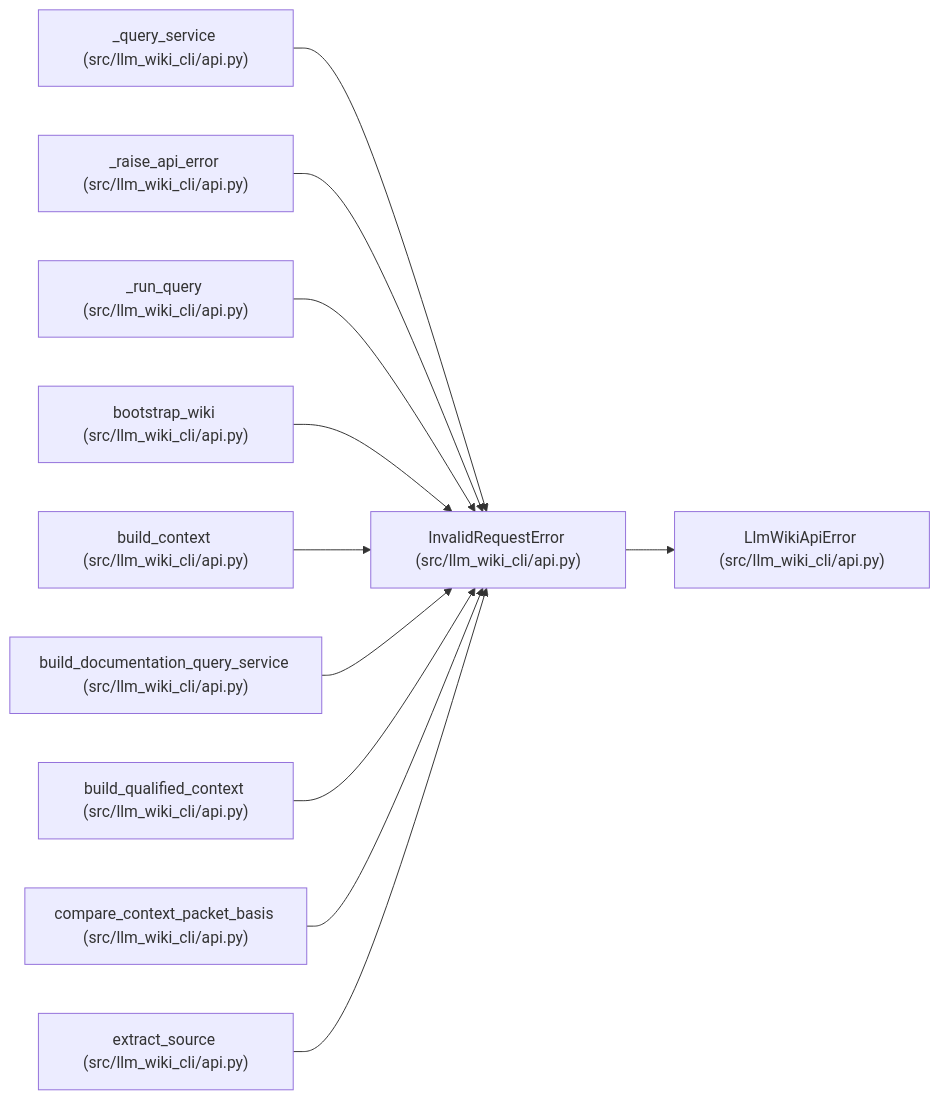
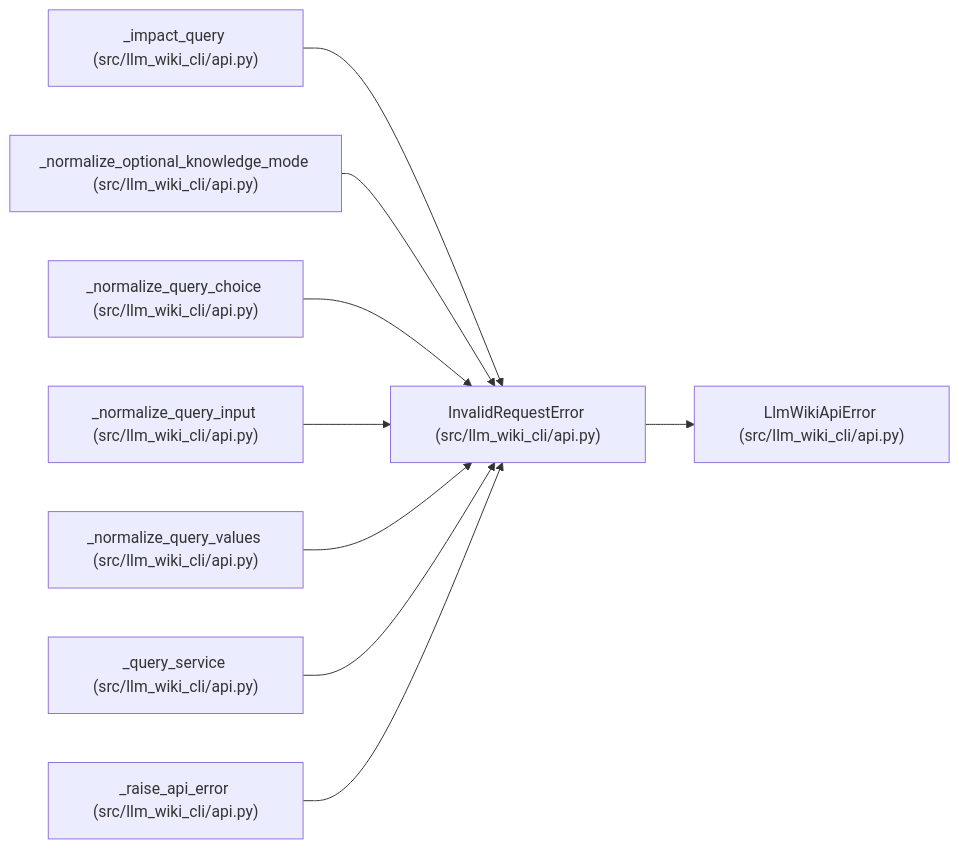
One commit to Denissvgn/python-wiki-llm changed the diagram in docs/llm_wiki/entities/InvalidRequestError.md. Above: the diagram before and after it, drawn with Mermaid. The commit also changed other lines of this file and 364 other files, not shown here.

````diff
--- a/docs/llm_wiki/entities/InvalidRequestError.md
+++ b/docs/llm_wiki/entities/InvalidRequestError.md
@@ -23,35 +23,29 @@
 ```mermaid
 flowchart LR
     n0["InvalidRequestError (src/llm_wiki_cli/api.py)"]
     n1["LlmWikiApiError (src/llm_wiki_cli/api.py)"]
-    n2["_query_service (src/llm_wiki_cli/api.py)"]
-    n3["_raise_api_error (src/llm_wiki_cli/api.py)"]
-    n4["_run_query (src/llm_wiki_cli/api.py)"]
-    n5["bootstrap_wiki (src/llm_wiki_cli/api.py)"]
-    n6["build_context (src/llm_wiki_cli/api.py)"]
-    n7["build_documentation_query_service (src/llm_wiki_cli/api.py)"]
-    n8["build_qualified_context (src/llm_wiki_cli/api.py)"]
-    n9["compare_context_packet_basis (src/llm_wiki_cli/api.py)"]
-    n10["extract_source (src/llm_wiki_cli/api.py)"]
+    n2["_impact_query (src/llm_wiki_cli/api.py)"]
+    n3["_normalize_optional_knowledge_mode (src/llm_wiki_cli/api.py)"]
+    n4["_normalize_query_choice (src/llm_wiki_cli/api.py)"]
+    n5["_normalize_query_input (src/llm_wiki_cli/api.py)"]
+    n6["_normalize_query_values (src/llm_wiki_cli/api.py)"]
+    n7["_query_service (src/llm_wiki_cli/api.py)"]
+    n8["_raise_api_error (src/llm_wiki_cli/api.py)"]
     n0 --> n1
     n2 --> n0
     n3 --> n0
     n4 --> n0
     n5 --> n0
     n6 --> n0
     n7 --> n0
     n8 --> n0
-    n9 --> n0
-    n10 --> n0
     click n0 "../modules/api.md"
     click n1 "../modules/api.md"
     click n2 "../modules/api.md"
     click n3 "../modules/api.md"
     click n4 "../modules/api.md"
     click n5 "../modules/api.md"
     click n6 "../modules/api.md"
     click n7 "../modules/api.md"
     click n8 "../modules/api.md"
-    click n9 "../modules/api.md"
-    click n10 "../modules/api.md"
 ```
````
